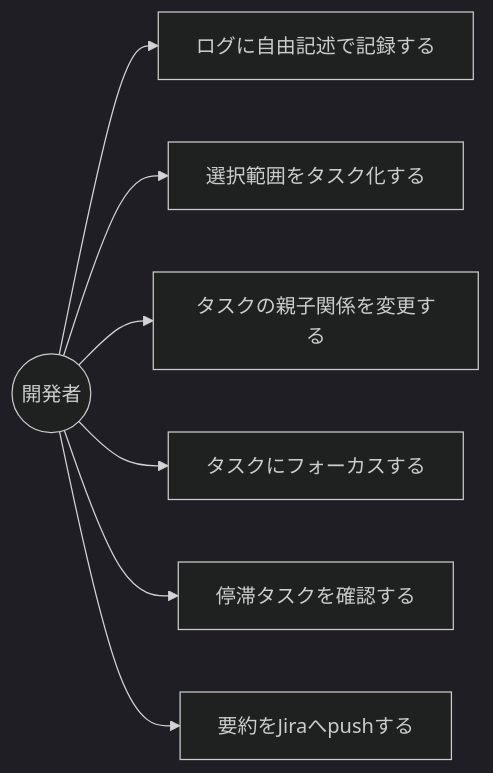
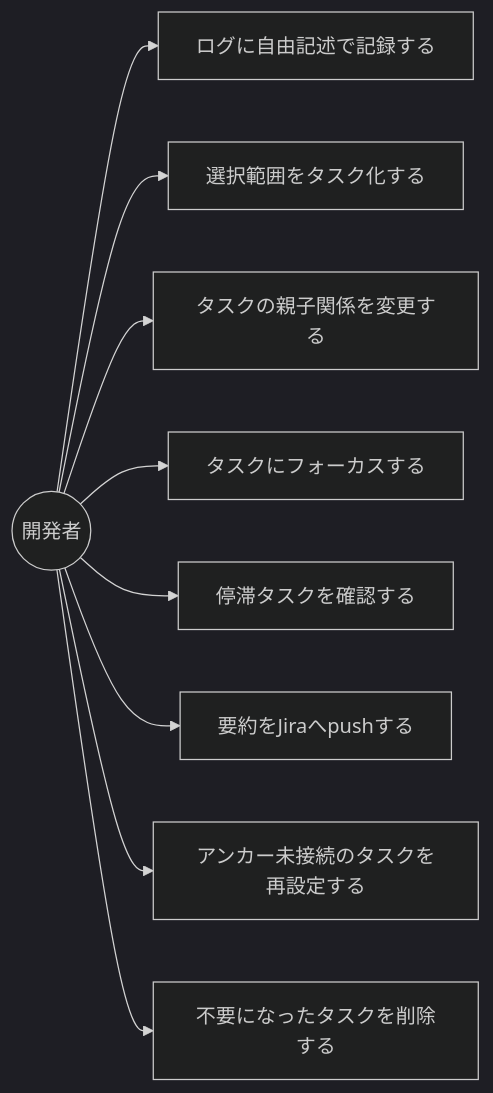
One commit to hoppoco/vscode-task-log changed the third of 3 diagrams in docs/functional-design.md. Above: the diagram before and after it, drawn with Mermaid (dark theme). The commit also changed other lines of this file and 3 other files, not shown here.

````diff
--- a/docs/functional-design.md
+++ b/docs/functional-design.md
@@ -86,9 +94,11 @@
 ```mermaid
 graph LR
   U((開発者)) --> UC1[ログに自由記述で記録する]
   U --> UC2[選択範囲をタスク化する]
   U --> UC3[タスクの親子関係を変更する]
   U --> UC4[タスクにフォーカスする]
   U --> UC5[停滞タスクを確認する]
   U --> UC6[要約をJiraへpushする]
+  U --> UC7[アンカー未接続のタスクを再設定する]
+  U --> UC8[不要になったタスクを削除する]
 ```
````
